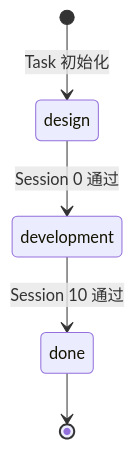
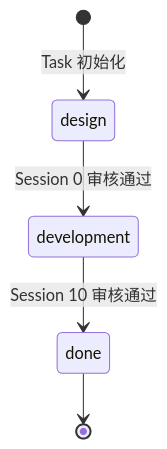
One commit to qi9zg202-source/vibecodingworkflow changed the first of 2 diagrams in docs/progress-loop.md. Above: the diagram before and after it, drawn with Mermaid. The commit also changed other lines of this file and 209 other files, not shown here.

````diff
--- a/docs/progress-loop.md
+++ b/docs/progress-loop.md
@@ -19,7 +20,7 @@
 ```mermaid
 stateDiagram-v2
     [*] --> design : Task 初始化
-    design --> development : Session 0 通过
-    development --> done : Session 10 通过
+    design --> development : Session 0 审核通过
+    development --> done : Session 10 审核通过
     done --> [*]
 ```
````
